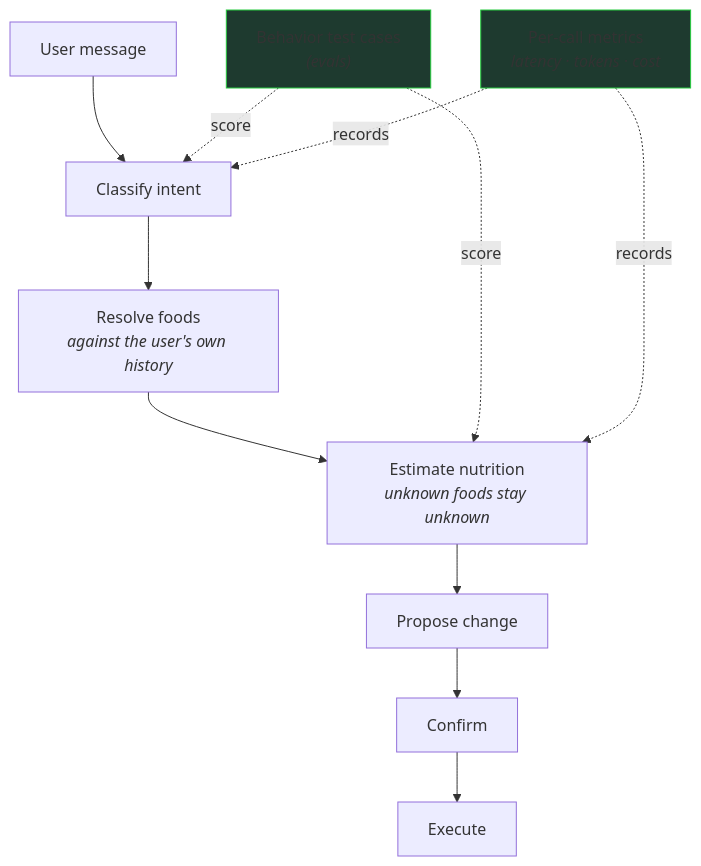
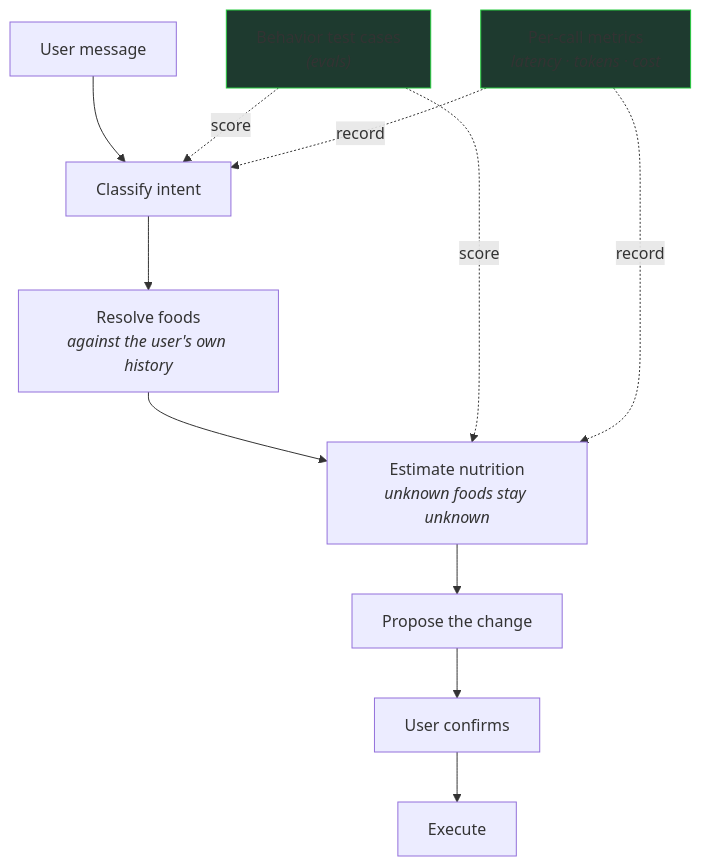
Before and after one commit to Sebastian-O-Rodriguez/showcase-routine-me: the second of 2 diagrams in README.md, drawn with Mermaid. The commit also changed other lines of this file, not shown here.

````diff
--- a/README.md
+++ b/README.md
@@ -68,16 +47,15 @@
 ```mermaid
 flowchart TB
     U["User message"] --> C["Classify intent"]
     C --> N["Resolve foods<br/><i>against the user's own history</i>"]
     N --> E["Estimate nutrition<br/><i>unknown foods stay unknown</i>"]
-    E --> P["Propose change"]
-    P --> CF["Confirm"]
+    E --> P["Propose the change"]
+    P --> CF["User confirms"]
     CF --> X["Execute"]
-
-    EV["Behavior test cases<br/><i>(evals)</i>"] -.->|score| C
-    EV -.->|score| E
-    OB["Per-call metrics<br/><i>latency · tokens · cost</i>"] -.->|records| C
-    OB -.->|records| E
+    EV["Behavior test cases<br/><i>(evals)</i>"] -.->|"score"| C
+    EV -.->|"score"| E
+    OB["Per-call metrics<br/><i>latency · tokens · cost</i>"] -.->|"record"| C
+    OB -.->|"record"| E
     style EV fill:#1e3a2f,stroke:#27c93f
     style OB fill:#1e3a2f,stroke:#27c93f
 ```
````
